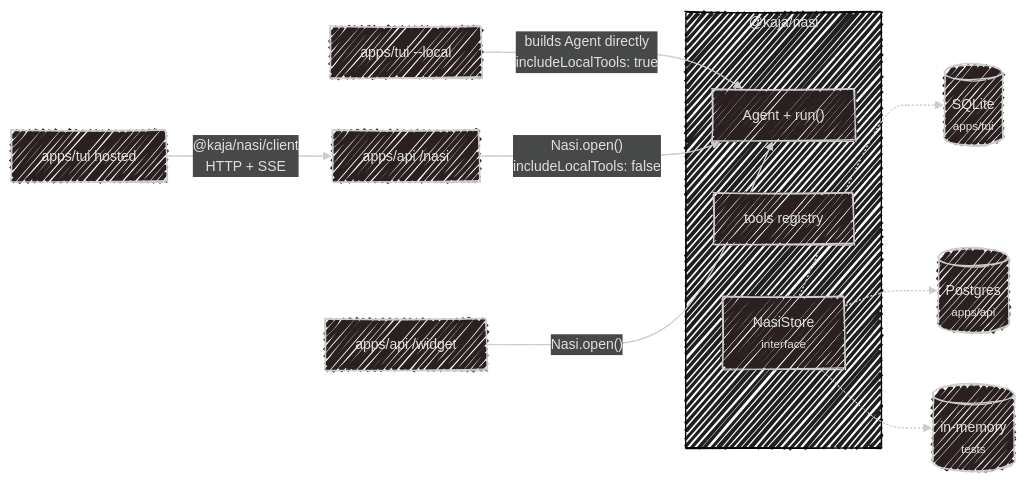
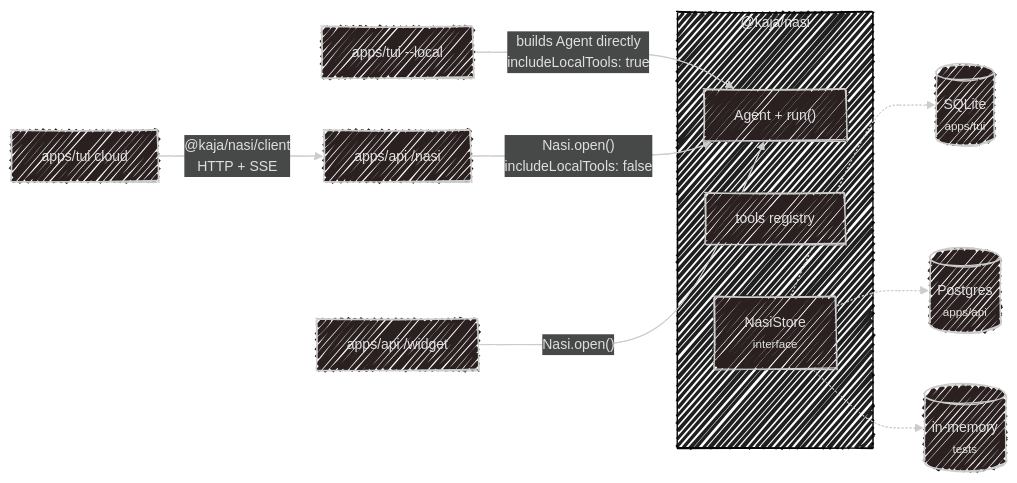
One commit to SubZtep/kaja changed the first of 2 diagrams in docs/development/nasi.md. Above: the diagram before and after it, drawn with Mermaid. The commit also changed other lines of this file and 74 other files, not shown here.

````diff
--- a/docs/development/nasi.md
+++ b/docs/development/nasi.md
@@ -20,22 +20,22 @@
 ```mermaid
 ---
 config:
   look: handDrawn
   theme: neo-dark
 ---
 flowchart LR
     subgraph N["@kaja/nasi"]
         AG["Agent + run()"]
         TL["tools registry"]
         ST["NasiStore<br><small>interface</small>"]
     end
 
     CLI["apps/tui --local"] -->|"builds Agent directly<br>includeLocalTools: true"| AG
     API["apps/api /nasi"] -->|"Nasi.open()<br>includeLocalTools: false"| AG
     WID["apps/api /widget"] -->|"Nasi.open()"| AG
-    LITE["apps/tui hosted"] -->|"@kaja/nasi/client<br>HTTP + SSE"| API
+    LITE["apps/tui cloud"] -->|"@kaja/nasi/client<br>HTTP + SSE"| API
 
     ST -.-> SQ[("SQLite<br><small>apps/tui</small>")]
     ST -.-> PG[("Postgres<br><small>apps/api</small>")]
     ST -.-> MEM[("in-memory<br><small>tests</small>")]
 ```
````
